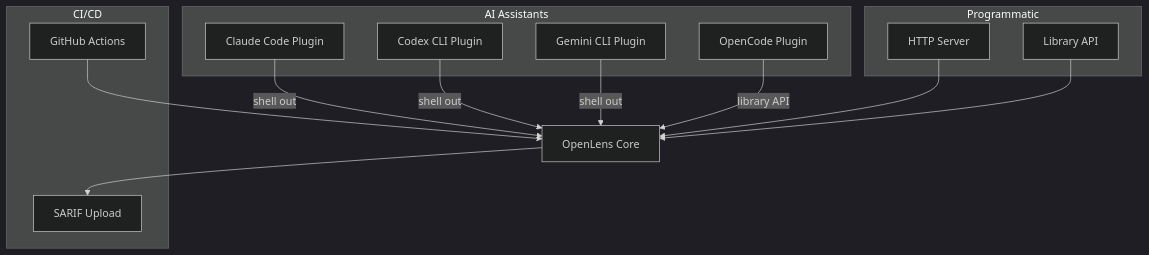
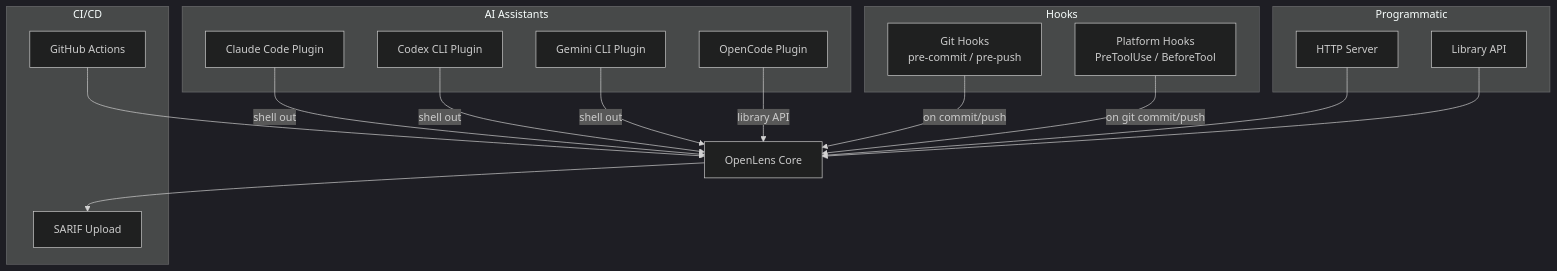
The first of 2 diagrams in wiki/8-integrations.md (Traves-Theberge/openlens), drawn with Mermaid (dark theme) before and after one commit. The commit also changed other lines of this file and 8 other files, not shown here.

First line of the commit message:
Update wiki: add hooks to diagrams, move source files to bottom

````diff
--- a/wiki/8-integrations.md
+++ b/wiki/8-integrations.md
@@ -15,32 +5,40 @@
 ```mermaid
 graph TB
     OpenLens[OpenLens Core]
 
     subgraph "CI/CD"
         GHA[GitHub Actions]
         SARIF[SARIF Upload]
     end
 
     subgraph "AI Assistants"
         CC[Claude Code Plugin]
         CX[Codex CLI Plugin]
         GM[Gemini CLI Plugin]
         OC[OpenCode Plugin]
     end
 
     subgraph "Programmatic"
         HTTP[HTTP Server]
         LIB[Library API]
     end
 
+    subgraph "Hooks"
+        GH[Git Hooks<br/>pre-commit / pre-push]
+        PH[Platform Hooks<br/>PreToolUse / BeforeTool]
+    end
+
     GHA --> OpenLens
     OpenLens --> SARIF
 
     CC -->|"shell out"| OpenLens
     CX -->|"shell out"| OpenLens
     GM -->|"shell out"| OpenLens
     OC -->|"library API"| OpenLens
 
+    GH -->|"on commit/push"| OpenLens
+    PH -->|"on git commit/push"| OpenLens
+
     HTTP --> OpenLens
     LIB --> OpenLens
 ```
````
